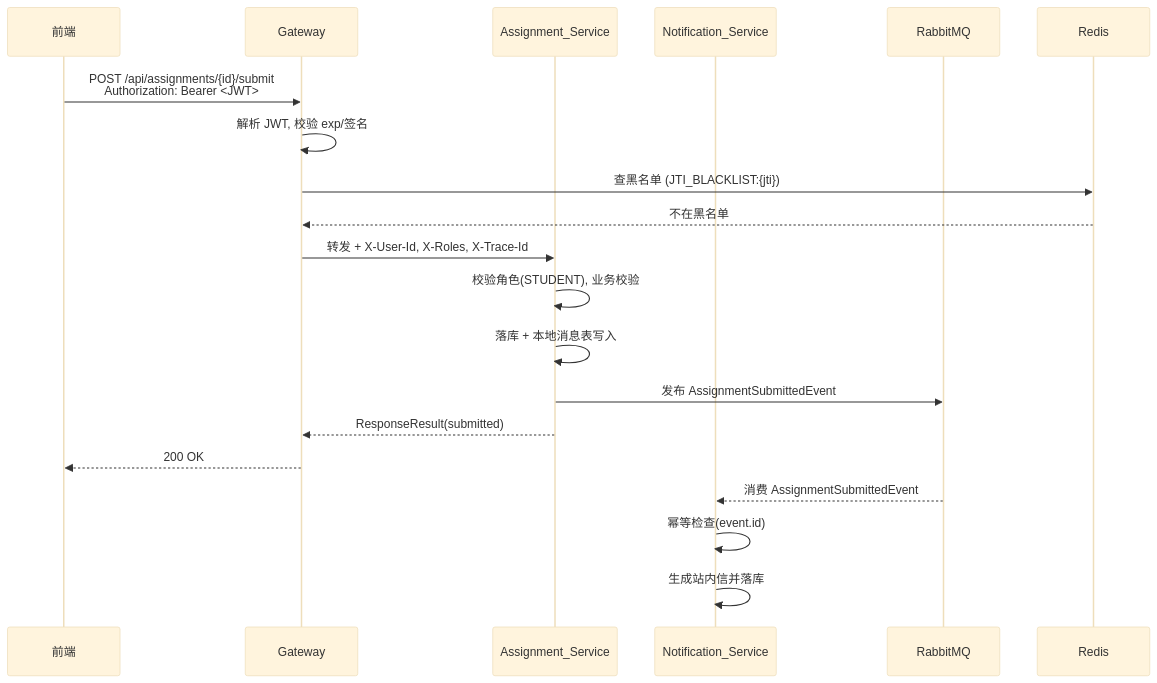
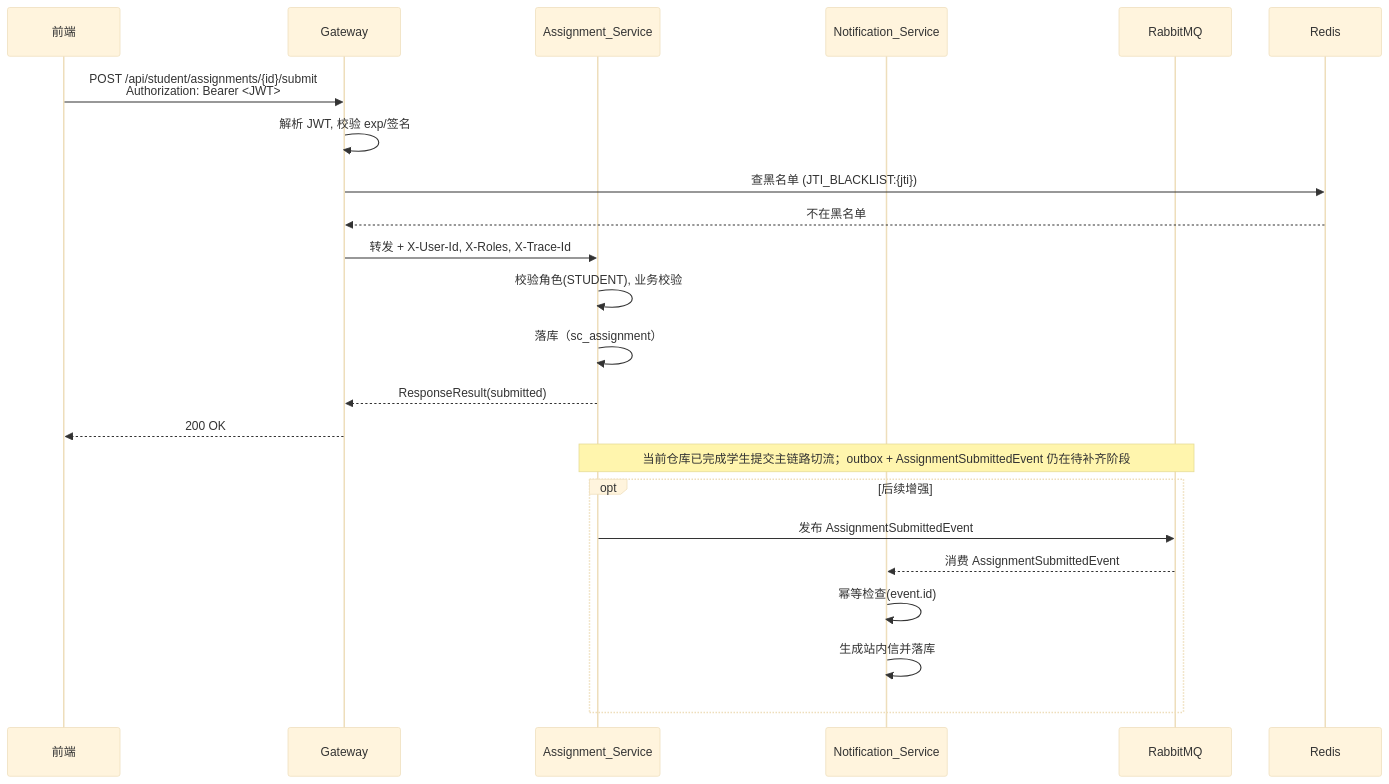
One commit to zz2338200436/qimo changed the third of 10 diagrams in .kiro/specs/spring-cloud-migration/design.md. Above: the diagram before and after it, drawn with Mermaid (base theme). The commit also changed other lines of this file and 566 other files, not shown here.

````diff
--- a/.kiro/specs/spring-cloud-migration/design.md
+++ b/.kiro/specs/spring-cloud-migration/design.md
@@ -200,24 +202,27 @@
 ```mermaid
 sequenceDiagram
     participant FE as 前端
     participant GW as Gateway
     participant Assign as Assignment_Service
     participant Notif as Notification_Service
     participant MQ as RabbitMQ
     participant Redis as Redis
 
-    FE->>GW: POST /api/assignments/{id}/submit<br/>Authorization: Bearer <JWT>
+    FE->>GW: POST /api/student/assignments/{id}/submit<br/>Authorization: Bearer <JWT>
     GW->>GW: 解析 JWT, 校验 exp/签名
     GW->>Redis: 查黑名单 (JTI_BLACKLIST:{jti})
     Redis-->>GW: 不在黑名单
     GW->>Assign: 转发 + X-User-Id, X-Roles, X-Trace-Id
     Assign->>Assign: 校验角色(STUDENT), 业务校验
-    Assign->>Assign: 落库 + 本地消息表写入
-    Assign->>MQ: 发布 AssignmentSubmittedEvent
+    Assign->>Assign: 落库（sc_assignment）
     Assign-->>GW: ResponseResult(submitted)
     GW-->>FE: 200 OK
 
-    MQ-->>Notif: 消费 AssignmentSubmittedEvent
-    Notif->>Notif: 幂等检查(event.id)
-    Notif->>Notif: 生成站内信并落库
+    Note over Assign,MQ: 当前仓库已完成学生提交主链路切流；outbox + AssignmentSubmittedEvent 仍在待补齐阶段
+    opt 后续增强
+        Assign->>MQ: 发布 AssignmentSubmittedEvent
+        MQ-->>Notif: 消费 AssignmentSubmittedEvent
+        Notif->>Notif: 幂等检查(event.id)
+        Notif->>Notif: 生成站内信并落库
+    end
 ```
````
